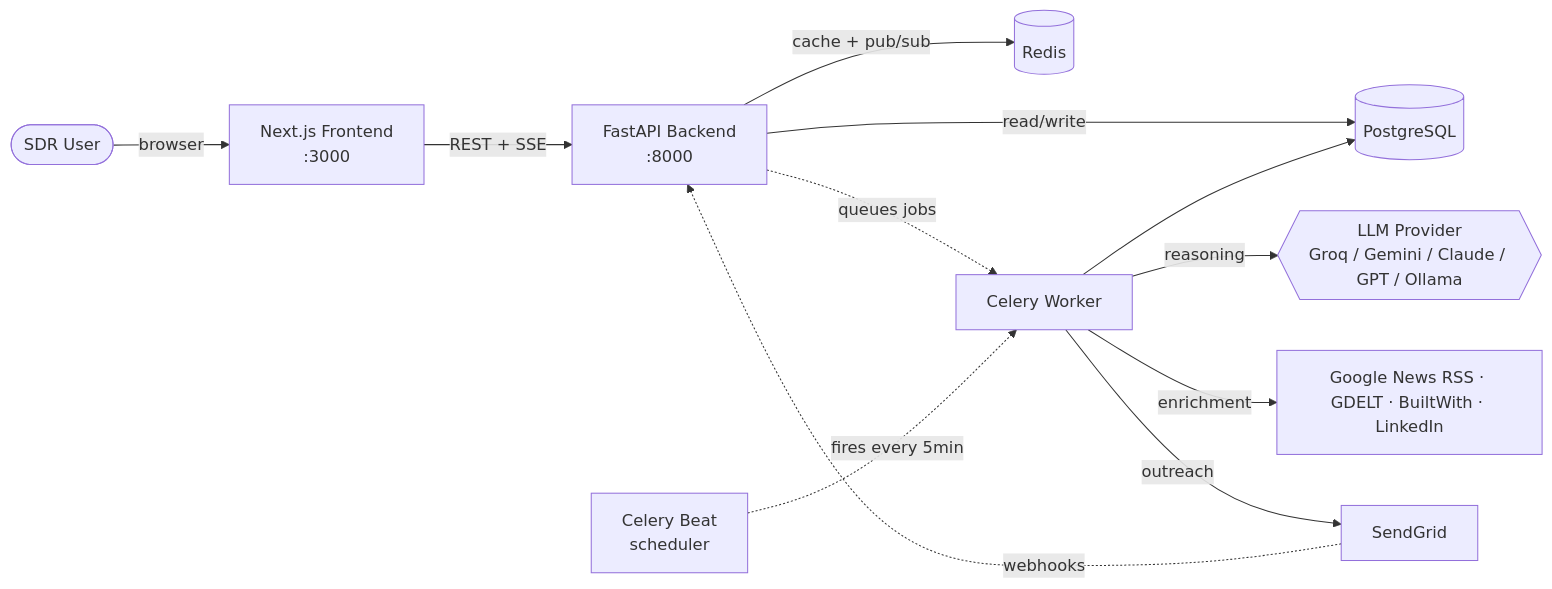
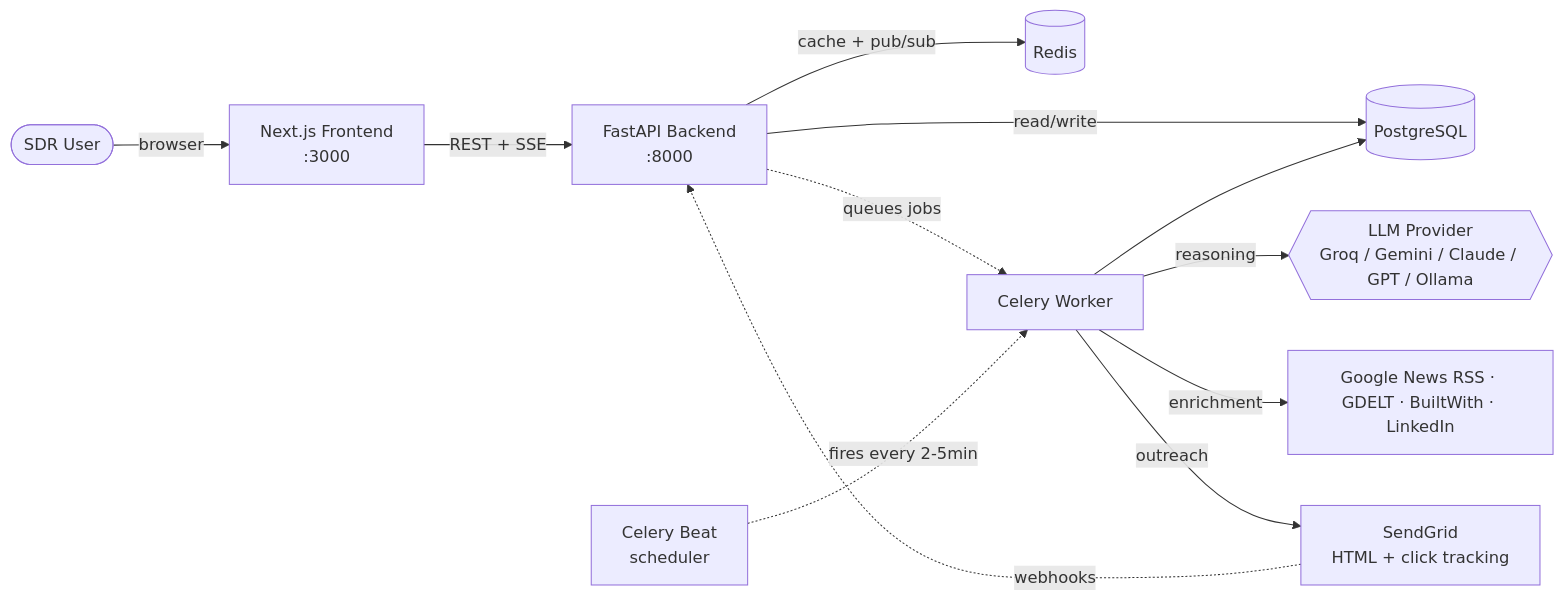
One commit to Prajyant/Capgemini changed the first of 2 diagrams in README.md. Above: the diagram before and after it, drawn with Mermaid. The commit also changed other lines of this file and 36 other files, not shown here.

First line of the commit message:
Demo-ready agent: dashboard demo flow, executable Approve, live news injection

````diff
--- a/README.md
+++ b/README.md
@@ -111,14 +111,14 @@
 ```mermaid
 flowchart LR
     User([SDR User]) -->|browser| FE[Next.js Frontend<br/>:3000]
     FE -->|REST + SSE| BE[FastAPI Backend<br/>:8000]
     BE -->|read/write| DB[(PostgreSQL)]
     BE -->|cache + pub/sub| RD[(Redis)]
     BE -.queues jobs.-> CW[Celery Worker]
-    CB[Celery Beat<br/>scheduler] -.fires every 5min.-> CW
+    CB[Celery Beat<br/>scheduler] -.fires every 2-5min.-> CW
     CW -->|reasoning| LLM{{LLM Provider<br/>Groq / Gemini / Claude / GPT / Ollama}}
     CW -->|enrichment| EXT[Google News RSS · GDELT · BuiltWith · LinkedIn]
-    CW -->|outreach| SG[SendGrid]
+    CW -->|outreach| SG[SendGrid<br/>HTML + click tracking]
     SG -.webhooks.-> BE
     CW --> DB
 ```
````
